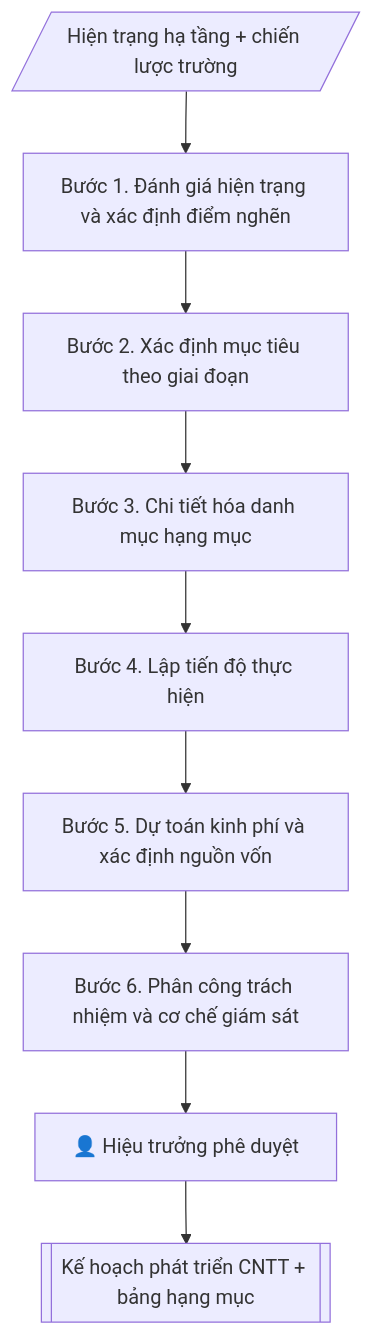
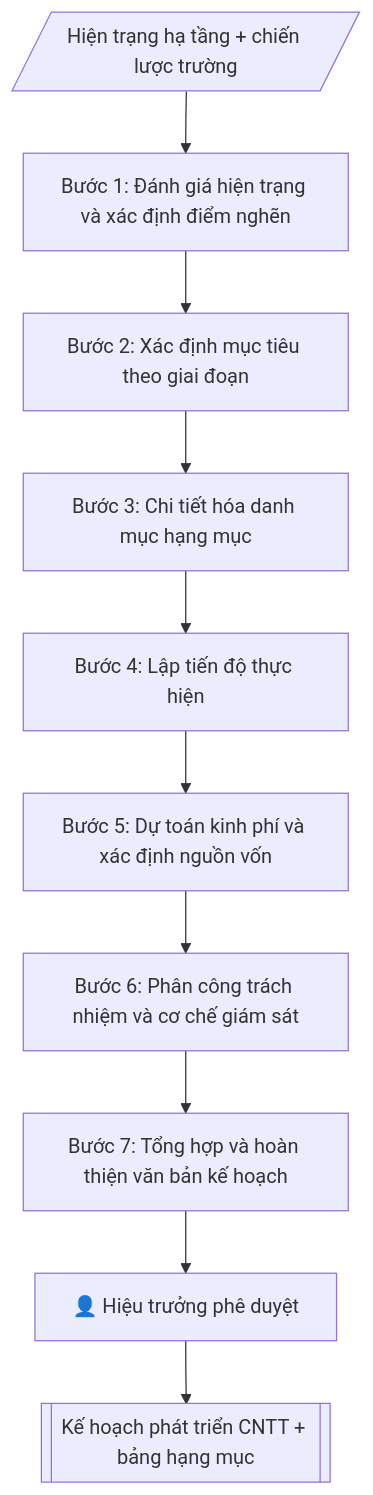
One commit to phamtruong91/dh-skills changed the diagram in skills/ke-hoach-phat-trien-cntt/SKILL.md. Above: the diagram before and after it, drawn with Mermaid. The commit also changed 124 other files, not shown here.

````diff
--- a/skills/ke-hoach-phat-trien-cntt/SKILL.md
+++ b/skills/ke-hoach-phat-trien-cntt/SKILL.md
@@ -91,11 +91,12 @@
 ```mermaid
 flowchart TD
-    A[/"Hiện trạng hạ tầng + chiến lược trường"/] --> B["Bước 1. Đánh giá hiện trạng và xác định điểm nghẽn"]
-    B --> C["Bước 2. Xác định mục tiêu theo giai đoạn"]
-    C --> D["Bước 3. Chi tiết hóa danh mục hạng mục"]
-    D --> E["Bước 4. Lập tiến độ thực hiện"]
-    E --> F["Bước 5. Dự toán kinh phí và xác định nguồn vốn"]
-    F --> G["Bước 6. Phân công trách nhiệm và cơ chế giám sát"]
-    G --> HG["👤 Hiệu trưởng phê duyệt"]
-    HG --> H[["Kế hoạch phát triển CNTT + bảng hạng mục"]]
+    IN[/"Hiện trạng hạ tầng + chiến lược trường"/] --> B1["Bước 1: Đánh giá hiện trạng và xác định điểm nghẽn"]
+    B1 --> B2["Bước 2: Xác định mục tiêu theo giai đoạn"]
+    B2 --> B3["Bước 3: Chi tiết hóa danh mục hạng mục"]
+    B3 --> B4["Bước 4: Lập tiến độ thực hiện"]
+    B4 --> B5["Bước 5: Dự toán kinh phí và xác định nguồn vốn"]
+    B5 --> B6["Bước 6: Phân công trách nhiệm và cơ chế giám sát"]
+    B6 --> B7["Bước 7: Tổng hợp và hoàn thiện văn bản kế hoạch"]
+    B7 --> HG["👤 Hiệu trưởng phê duyệt"]
+    HG --> OUT[["Kế hoạch phát triển CNTT + bảng hạng mục"]]
 ```
````
